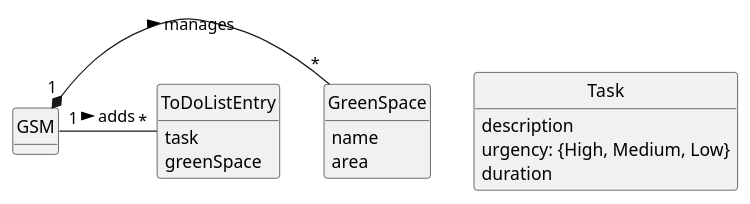
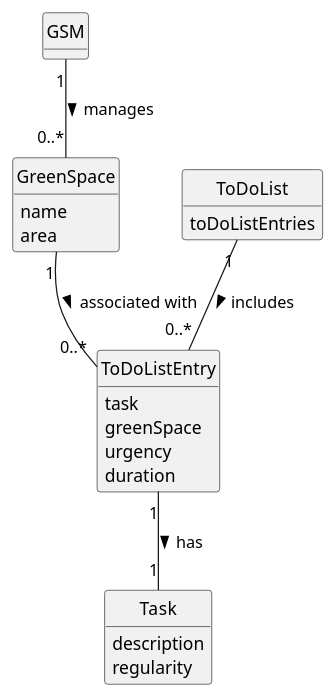
The diagram in docs/sprintC/us021/02.analysis/puml/us021-domain-model.puml (diogoveirospro/lei-24-s2-1dg-g072), drawn with PlantUML before and after one commit.

Commit message:
US021 domain model

```diff
--- a/docs/sprintC/us021/02.analysis/puml/us021-domain-model.puml
+++ b/docs/sprintC/us021/02.analysis/puml/us021-domain-model.puml
@@ -1,35 +1,42 @@
 @startuml
 skinparam monochrome true
 skinparam packageStyle rectangle
 skinparam shadowing false
 
 'left to right direction
 
 skinparam classAttributeIconSize 0
-
-hide circle
+hide circles
 hide methods
 
-class GreenSpace {
-    name
-    area
+class GSM {
+
 }
 
-class Task {
-    description
-    urgency: {High, Medium, Low}
-    duration
+class GreenSpace {
+  name
+  area
 }
 
 class ToDoListEntry {
     task
     greenSpace
+    urgency
+    duration
 }
 
-class GSM {
+class Task {
+    description
+    regularity
 }
 
-GSM "1" *- "*" GreenSpace : manages >
-GSM "1" - "*" ToDoListEntry : adds >
+class ToDoList {
+    toDoListEntries
+}
+
+GSM "1" -- "0..*" GreenSpace : manages >
+GreenSpace "1" -- "0..*" ToDoListEntry : associated with >
+ToDoListEntry "1" -- "1" Task: has >
+ToDoList "1" -- "0..*" ToDoListEntry : includes >
 
 @enduml
```
